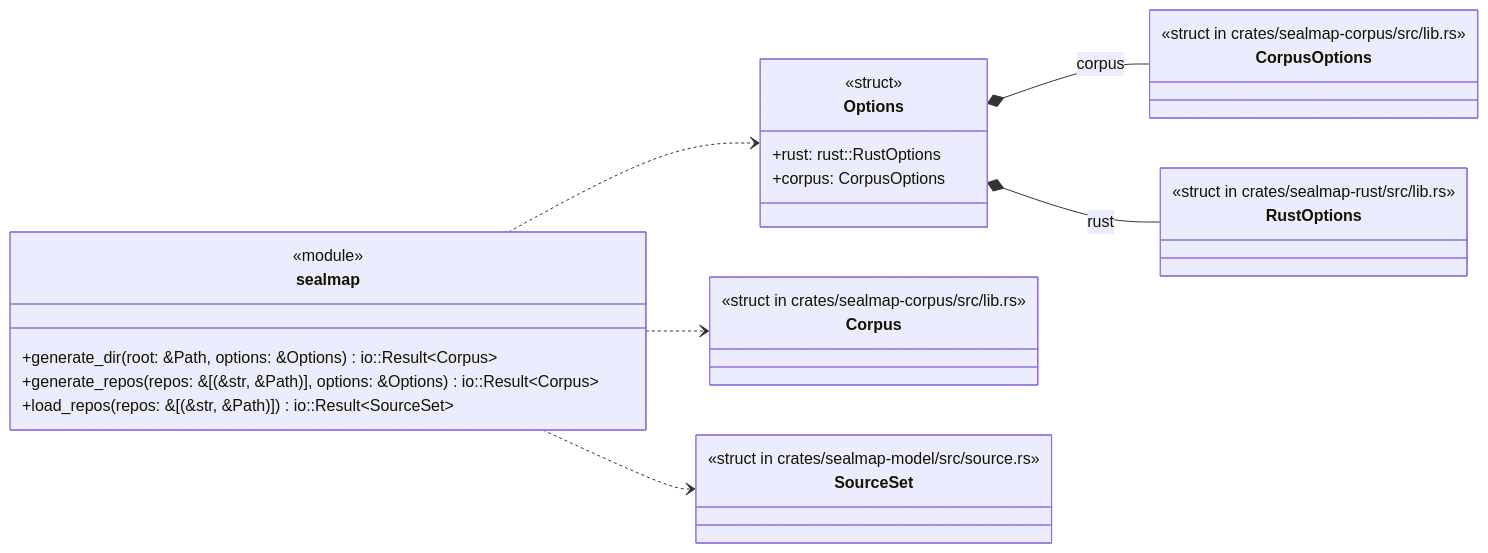
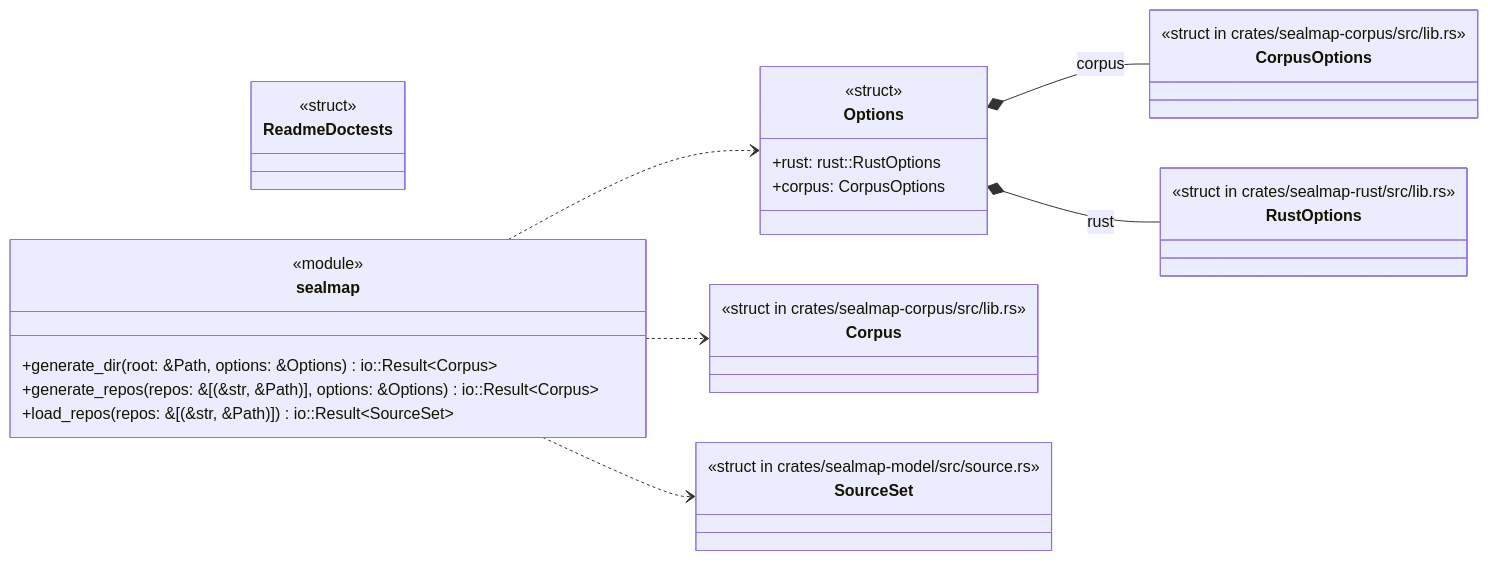
One commit to DreamLab-AI/codemaid changed the first of 4 diagrams in docs/sealmap/crates/sealmap/src/lib.rs.md. Above: the diagram before and after it, drawn with Mermaid. The commit also changed other lines of this file and 29 other files, not shown here.

````diff
--- a/docs/sealmap/crates/sealmap/src/lib.rs.md
+++ b/docs/sealmap/crates/sealmap/src/lib.rs.md
@@ -14,32 +14,35 @@
 ```mermaid
 classDiagram
   direction LR
   class sealmap__Options["Options"] {
     <<struct>>
     +rust: rust::RustOptions
     +corpus: CorpusOptions
+  }
+  class sealmap__ReadmeDoctests["ReadmeDoctests"] {
+    <<struct>>
   }
   class sealmap {
     <<module>>
     +generate_dir(root: &Path, options: &Options) io::Result#lt;Corpus#gt;
     +generate_repos(repos: &[#40;&str, &Path#41;], options: &Options) io::Result#lt;Corpus#gt;
     +load_repos(repos: &[#40;&str, &Path#41;]) io::Result#lt;SourceSet#gt;
   }
   class sealmap_corpus__Corpus["Corpus"] {
     <<struct in crates/sealmap-corpus/src/lib.rs>>
   }
   class sealmap_model__source__SourceSet["SourceSet"] {
     <<struct in crates/sealmap-model/src/source.rs>>
   }
   class sealmap_corpus__CorpusOptions["CorpusOptions"] {
     <<struct in crates/sealmap-corpus/src/lib.rs>>
   }
   class sealmap_rust__RustOptions["RustOptions"] {
     <<struct in crates/sealmap-rust/src/lib.rs>>
   }
   sealmap ..> sealmap__Options
   sealmap ..> sealmap_corpus__Corpus
   sealmap ..> sealmap_model__source__SourceSet
   sealmap__Options *-- sealmap_corpus__CorpusOptions : corpus
   sealmap__Options *-- sealmap_rust__RustOptions : rust
 ```
````
